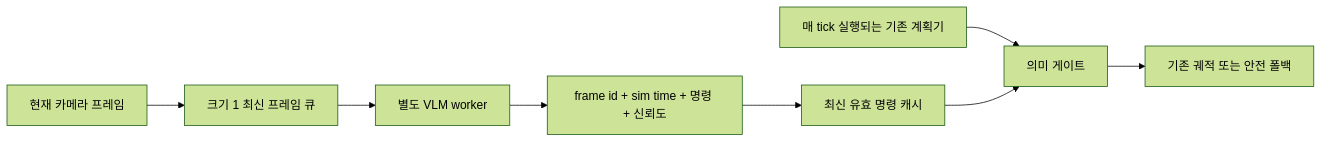
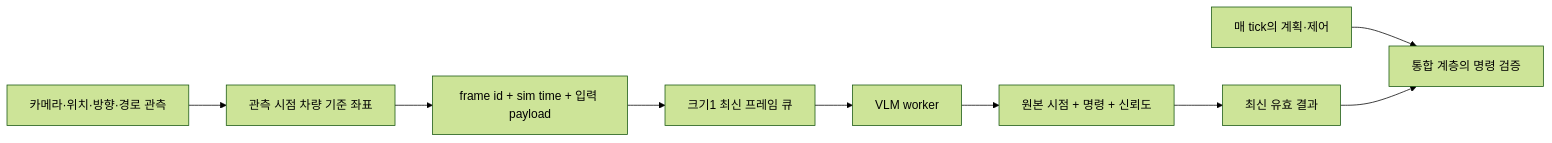
One commit to YuMinBee/vlm-guided-planner-intervention changed the diagram in docs/async-runtime.md. Above: the diagram before and after it, drawn with Mermaid (forest theme). The commit also changed other lines of this file and 8 other files, not shown here.

````diff
--- a/docs/async-runtime.md
+++ b/docs/async-runtime.md
@@ -11,10 +8,11 @@
 ```mermaid
 flowchart LR
-    A[현재 카메라 프레임] --> B[크기 1 최신 프레임 큐]
-    B --> C[별도 VLM worker]
-    C --> D[frame id + sim time + 명령 + 신뢰도]
-    D --> E[최신 유효 명령 캐시]
-    F[매 tick 실행되는 기존 계획기] --> G[의미 게이트]
-    E --> G
-    G --> H[기존 궤적 또는 안전 폴백]
+    A[카메라·위치·방향·경로 관측] --> B[관측 시점 차량 기준 좌표]
+    B --> C[frame id + sim time + 입력 payload]
+    C --> D[크기1 최신 프레임 큐]
+    D --> E[VLM worker]
+    E --> F[원본 시점 + 명령 + 신뢰도]
+    F --> G[최신 유효 결과]
+    H[매 tick의 계획·제어] --> I[통합 계층의 명령 검증]
+    G --> I
 ```
````
